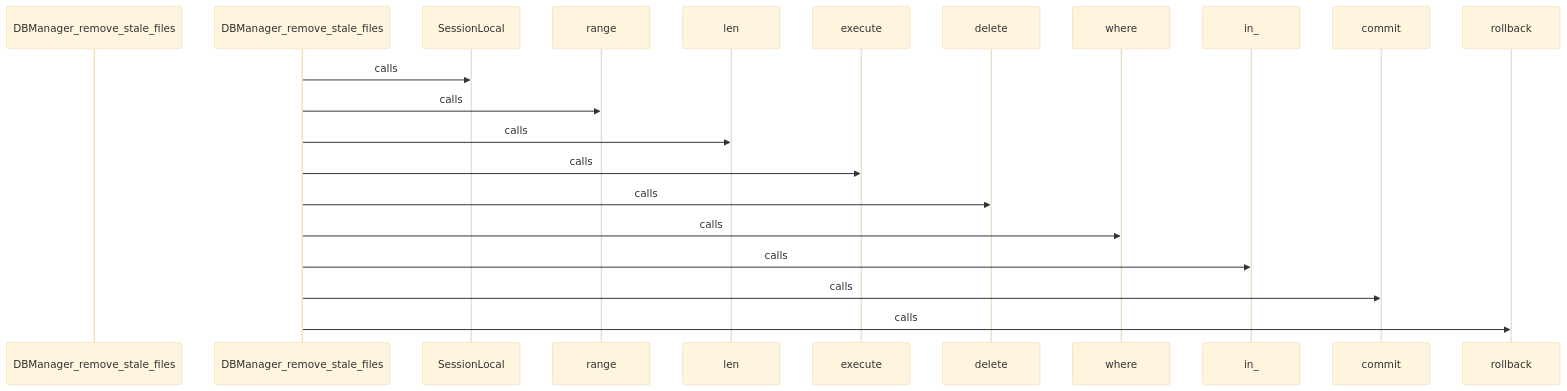
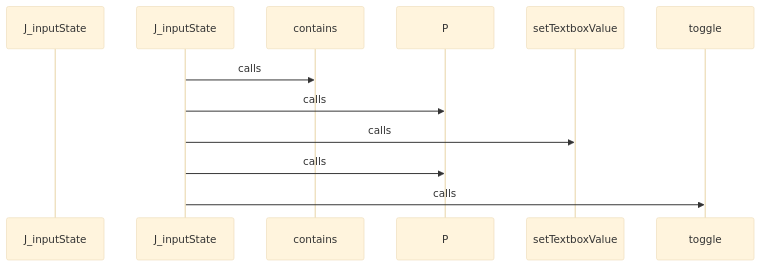
Before and after one commit to hazalkoom/DECODEx01: diagram 17 of 27 in docs/CALL_FLOW.md, drawn with Mermaid (base theme). The commit also changed other lines of this file and 8 other files, not shown here.

````diff
--- a/docs/CALL_FLOW.md
+++ b/docs/CALL_FLOW.md
@@ -553,41 +681,25 @@
 ```mermaid
 sequenceDiagram
-    participant Start as DBManager_remove_stale_files
+    participant Start as J_inputState
 
 
-    DBManager_remove_stale_files->>SessionLocal: calls
+    J_inputState->>contains: calls
 
 
 
-    DBManager_remove_stale_files->>range: calls
+    J_inputState->>P: calls
 
 
 
-    DBManager_remove_stale_files->>len: calls
+    J_inputState->>setTextboxValue: calls
 
 
 
-    DBManager_remove_stale_files->>execute: calls
+    J_inputState->>P: calls
 
 
 
-    DBManager_remove_stale_files->>delete: calls
-
-
-
-    DBManager_remove_stale_files->>where: calls
-
-
-
-    DBManager_remove_stale_files->>in_: calls
-
-
-
-    DBManager_remove_stale_files->>commit: calls
-
-
-
-    DBManager_remove_stale_files->>rollback: calls
+    J_inputState->>toggle: calls
 
 
 ```
````
